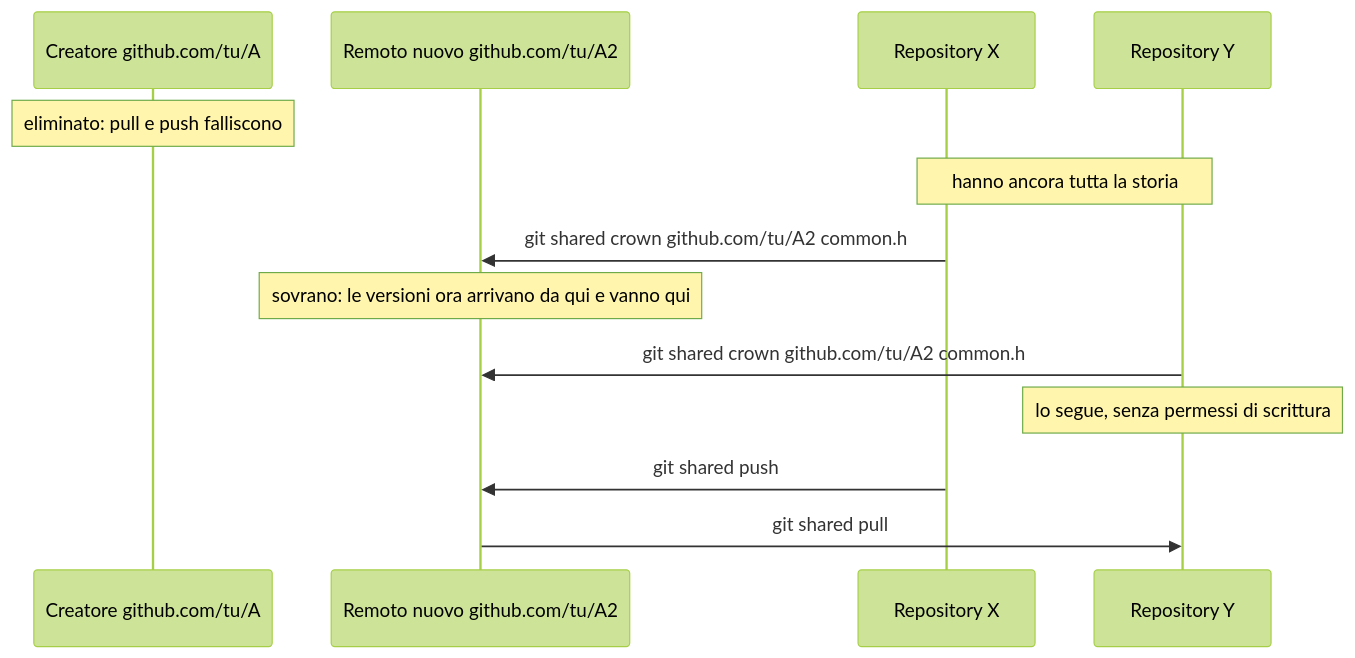
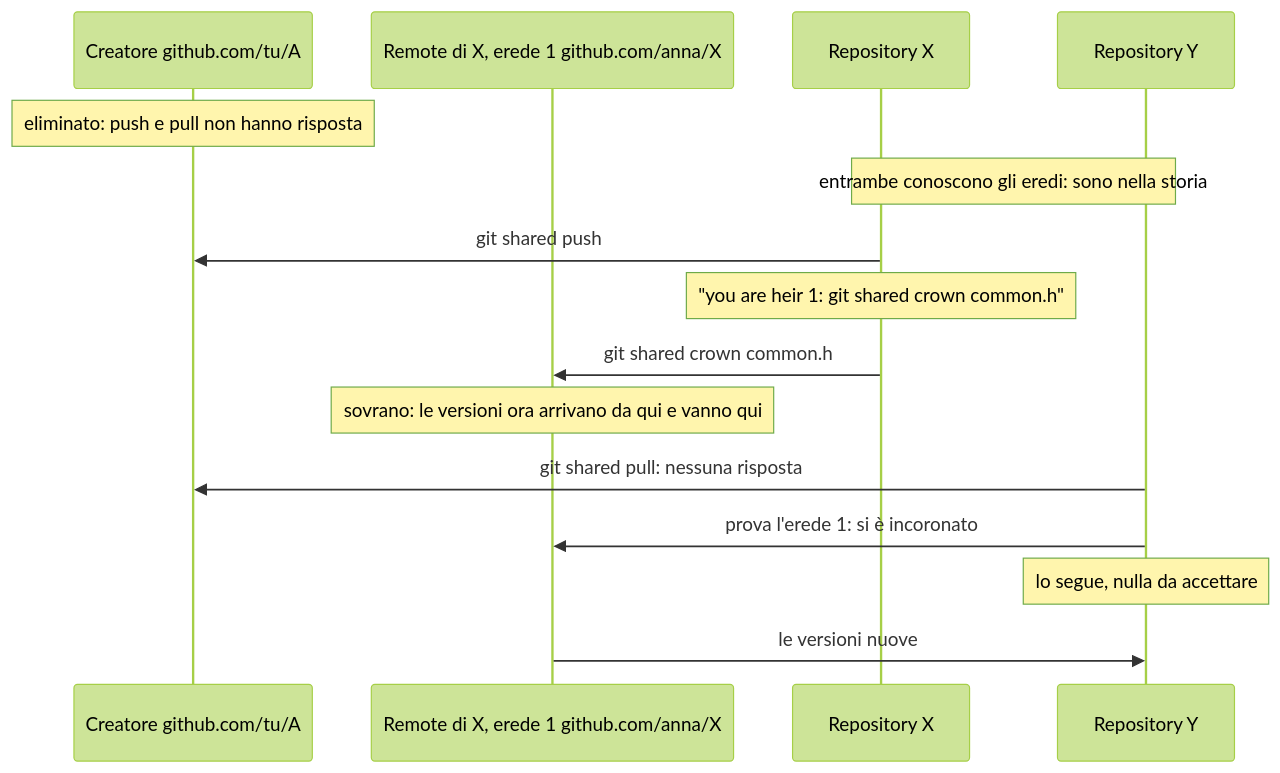
One commit to AcAjoInox/Shared-Files-for-Git changed the third of 4 diagrams in README.it.md. Above: the diagram before and after it, drawn with Mermaid (forest theme). The commit also changed other lines of this file and 1 other file, not shown here.

First line of the commit message:
README: sezione remota riscritta intorno a creatore, autorita', eredi e sovrani

````diff
--- a/README.it.md
+++ b/README.it.md
@@ -163,15 +171,17 @@
 ```mermaid
 sequenceDiagram
     participant C as Creatore github.com/tu/A
-    participant S as Remoto nuovo github.com/tu/A2
+    participant H as Remote di X, erede 1 github.com/anna/X
     participant X as Repository X
     participant Y as Repository Y
-    Note over C: eliminato: pull e push falliscono
-    Note over X,Y: hanno ancora tutta la storia
-    X->>S: git shared crown github.com/tu/A2 common.h
-    Note over S: sovrano: le versioni ora arrivano da qui e vanno qui
-    Y->>S: git shared crown github.com/tu/A2 common.h
-    Note over Y: lo segue, senza permessi di scrittura
-    X->>S: git shared push
-    S->>Y: git shared pull
+    Note over C: eliminato: push e pull non hanno risposta
+    Note over X,Y: entrambe conoscono gli eredi: sono nella storia
+    X->>C: git shared push
+    Note over X: "you are heir 1: git shared crown common.h"
+    X->>H: git shared crown common.h
+    Note over H: sovrano: le versioni ora arrivano da qui e vanno qui
+    Y->>C: git shared pull: nessuna risposta
+    Y->>H: prova l'erede 1: si è incoronato
+    Note over Y: lo segue, nulla da accettare
+    H->>Y: le versioni nuove
 ```
````
